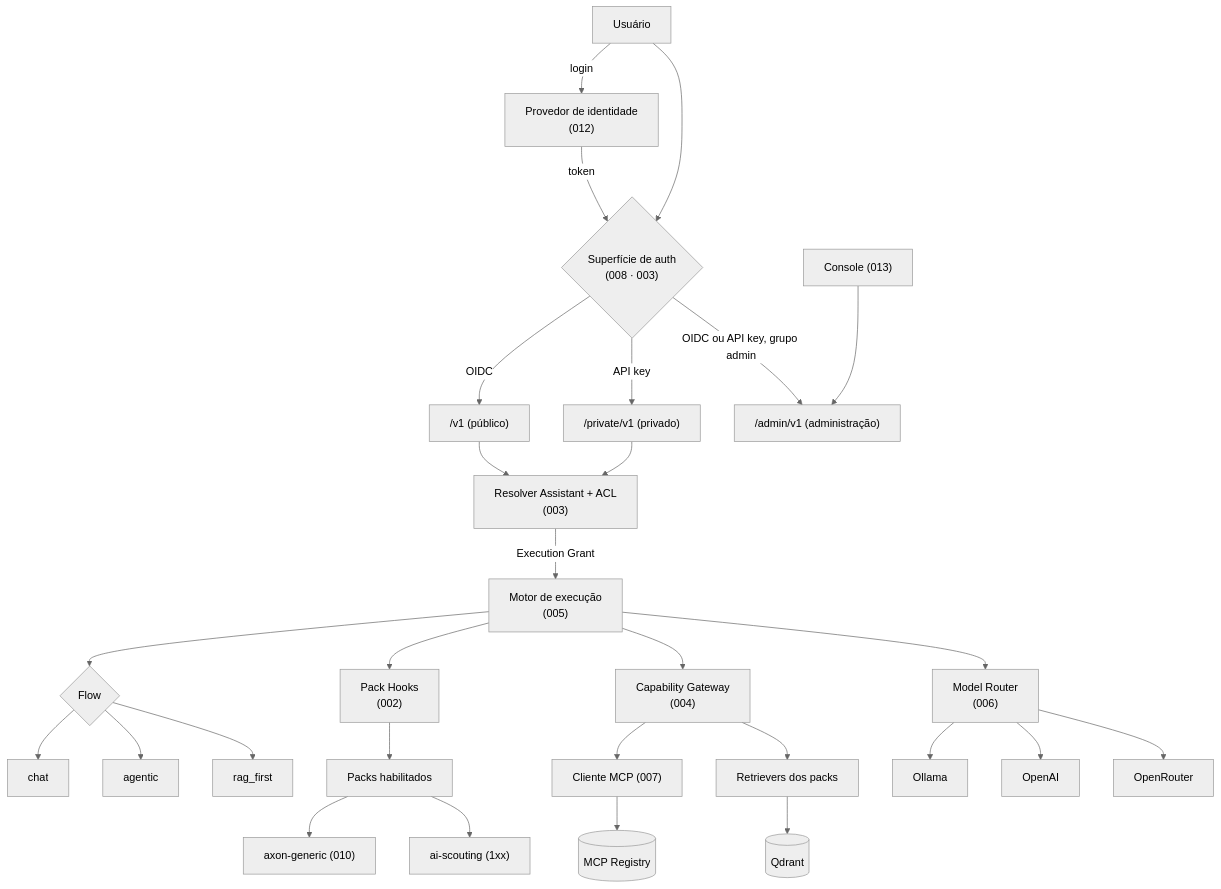
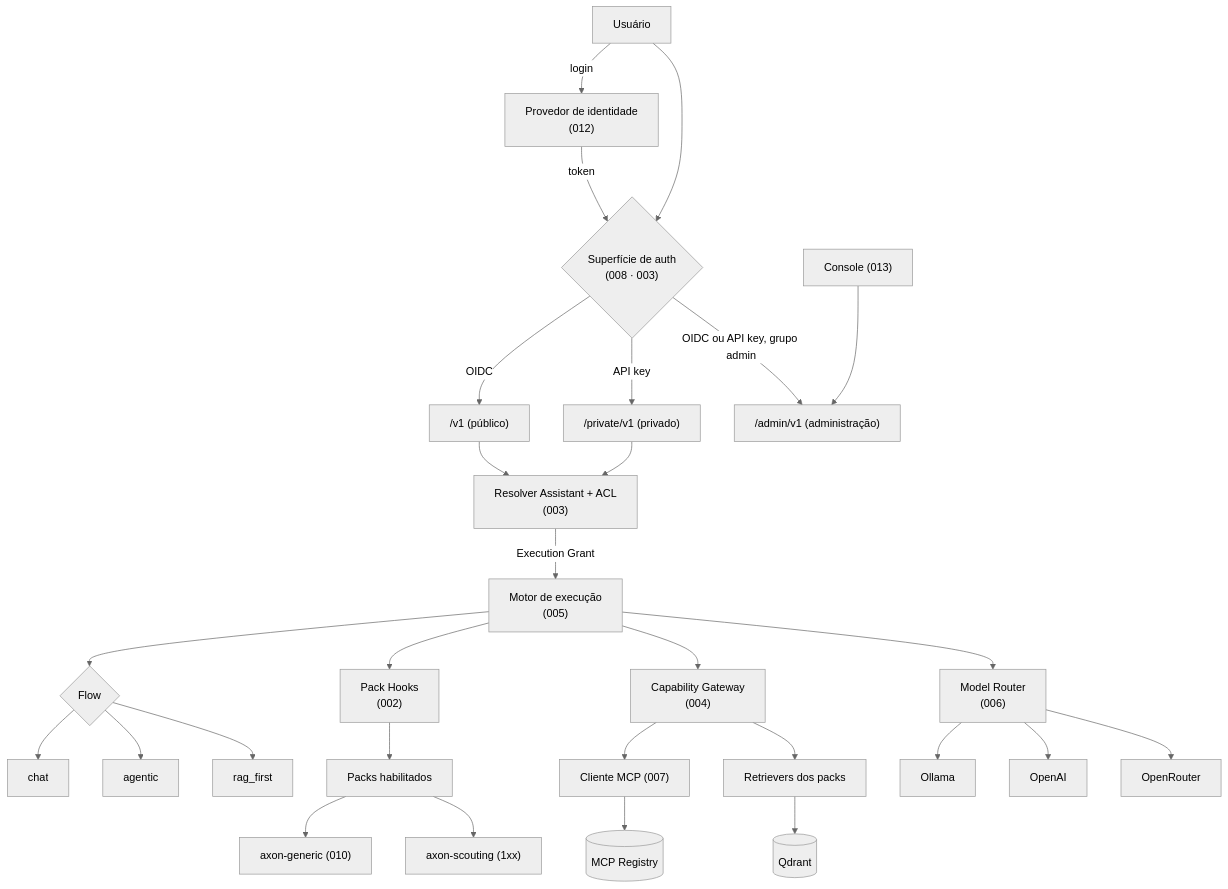
Before and after one commit to CaioFerreiraB/axon: the first of 4 diagrams in specs/README.md, drawn with Mermaid (neutral theme). The commit also changed other lines of this file and 33 other files, not shown here.

First line of the commit message:
feat(101): identidade Axon — US6 da 101, ponteiro do axon-scouting e specs 102–106 nos nomes (ADR-037)

````diff
--- a/specs/README.md
+++ b/specs/README.md
@@ -24,36 +24,36 @@
 ```mermaid
 flowchart TB
     USER[Usuário] -->|login| IDP["Provedor de identidade<br/>(012)"]
     IDP -->|token| SURF
     USER --> SURF{"Superfície de auth<br/>(008 · 003)"}
     SURF -->|OIDC| PUB["/v1 (público)"]
     SURF -->|API key| PRIV["/private/v1 (privado)"]
     SURF -->|OIDC ou API key, grupo admin| ADM["/admin/v1 (administração)"]
     CONSOLE["Console (013)"] --> ADM
 
     PUB --> RESOLVE["Resolver Assistant + ACL<br/>(003)"]
     PRIV --> RESOLVE
 
     RESOLVE -->|Execution Grant| RUNTIME["Motor de execução<br/>(005)"]
 
     RUNTIME --> FLOW{Flow}
     FLOW --> F1[chat]
     FLOW --> F2[agentic]
     FLOW --> F3[rag_first]
 
     RUNTIME --> HOOKS["Pack Hooks<br/>(002)"]
     HOOKS --> PACKS[Packs habilitados]
     PACKS --> P1["axon-generic (010)"]
-    PACKS --> P2["ai-scouting (1xx)"]
+    PACKS --> P2["axon-scouting (1xx)"]
 
     RUNTIME --> GW["Capability Gateway<br/>(004)"]
     GW --> MCPC["Cliente MCP (007)"]
     GW --> RET[Retrievers dos packs]
     MCPC --> REG[(MCP Registry)]
     RET --> QD[(Qdrant)]
 
     RUNTIME --> ROUTER["Model Router<br/>(006)"]
     ROUTER --> OLL[Ollama]
     ROUTER --> OAI[OpenAI]
     ROUTER --> ORT[OpenRouter]
 ```
````
